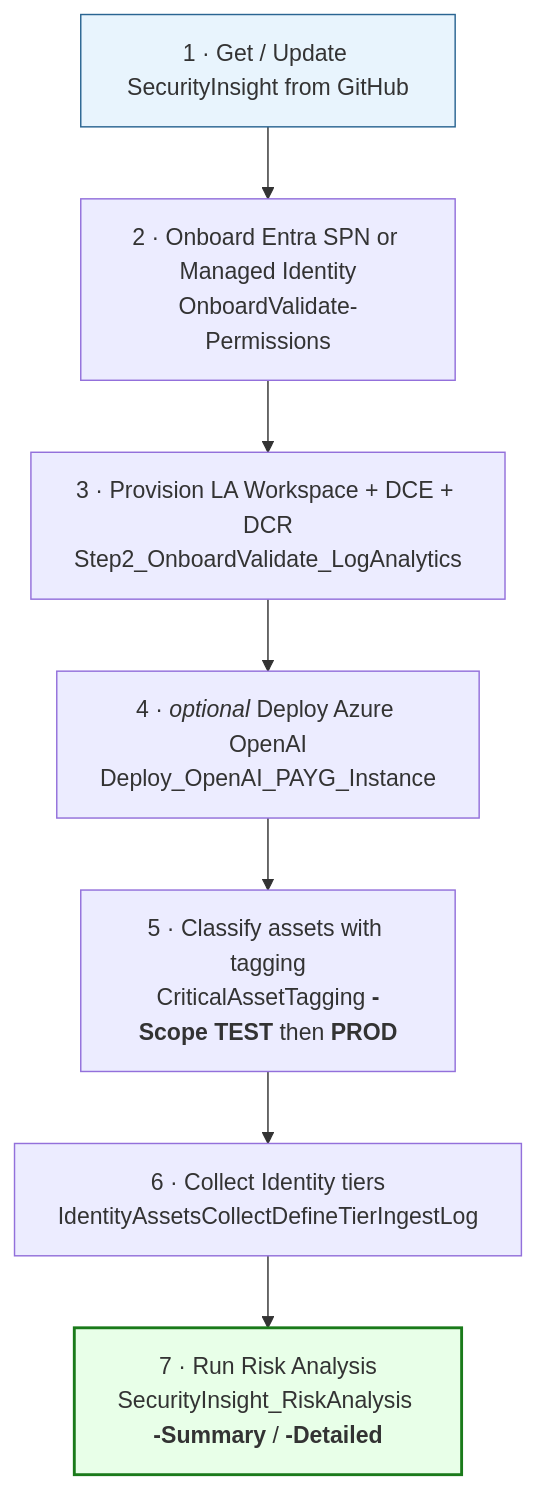
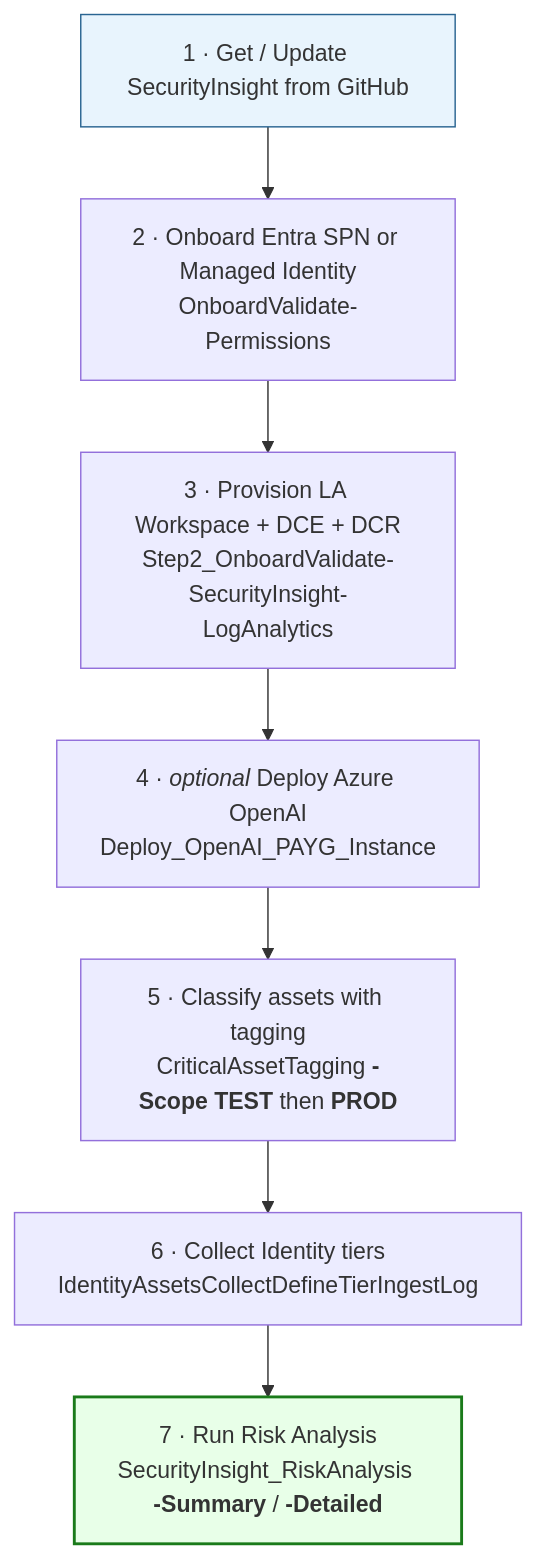
The third of 7 diagrams in README.md (KnudsenMorten/SecurityInsight), drawn with Mermaid before and after one commit. The commit also changed other lines of this file and 23 other files, not shown here.

Commit message:
Publish SecurityInsight@2.1.69 from upstream monorepo

````diff
--- a/README.md
+++ b/README.md
@@ -256,11 +256,11 @@
 ```mermaid
 flowchart TD
     S1[1 · Get / Update SecurityInsight from GitHub] --> S2[2 · Onboard Entra SPN or Managed Identity<br/>OnboardValidate-Permissions]
-    S2 --> S3[3 · Provision LA Workspace + DCE + DCR<br/>Step2_OnboardValidate_LogAnalytics]
+    S2 --> S3[3 · Provision LA Workspace + DCE + DCR<br/>Step2_OnboardValidate-SecurityInsight-LogAnalytics]
     S3 --> S4[4 · <i>optional</i> Deploy Azure OpenAI<br/>Deploy_OpenAI_PAYG_Instance]
     S4 --> S5[5 · Classify assets with tagging<br/>CriticalAssetTagging <b>-Scope TEST</b> then <b>PROD</b>]
     S5 --> S6[6 · Collect Identity tiers<br/>IdentityAssetsCollectDefineTierIngestLog]
     S6 --> S7[7 · Run Risk Analysis<br/>SecurityInsight_RiskAnalysis <b>-Summary</b> / <b>-Detailed</b>]
     style S1 fill:#e8f4fd,stroke:#2a6592
     style S7 fill:#e8ffe8,stroke:#1a7a1a,stroke-width:2px
 ```
````
